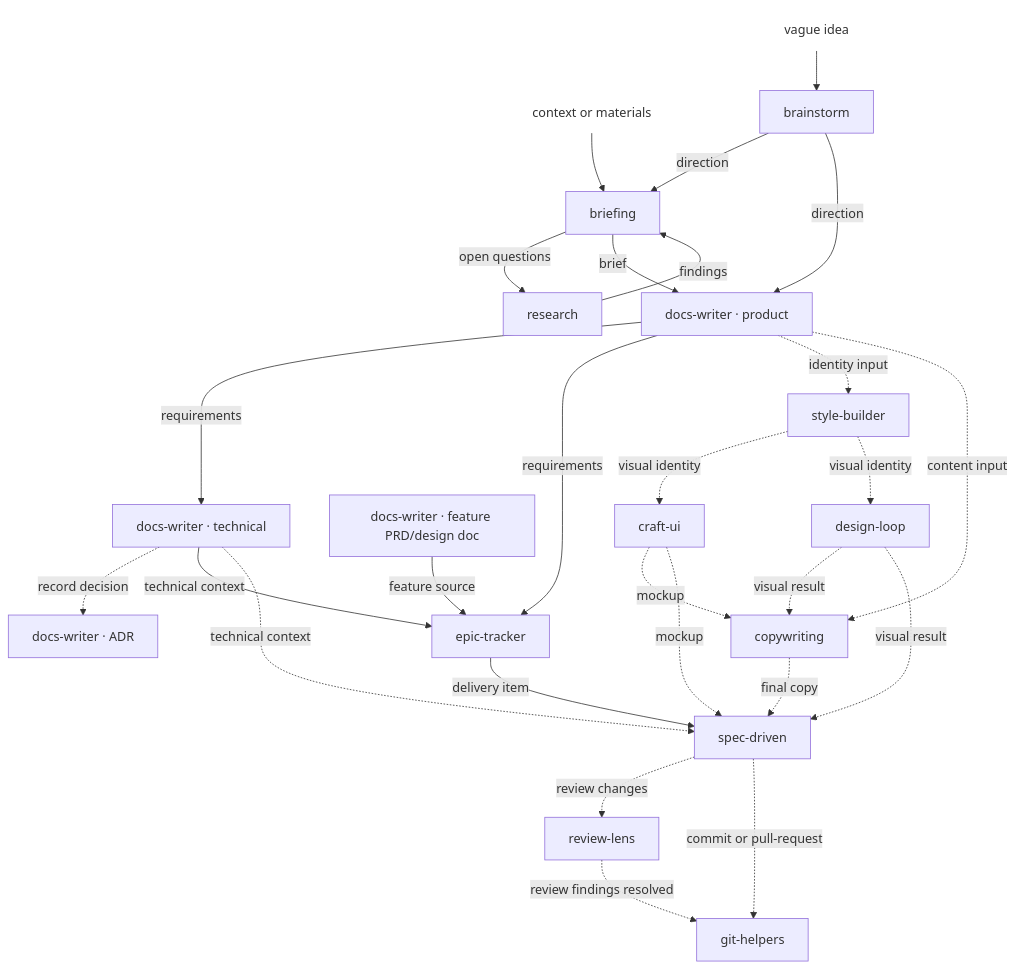
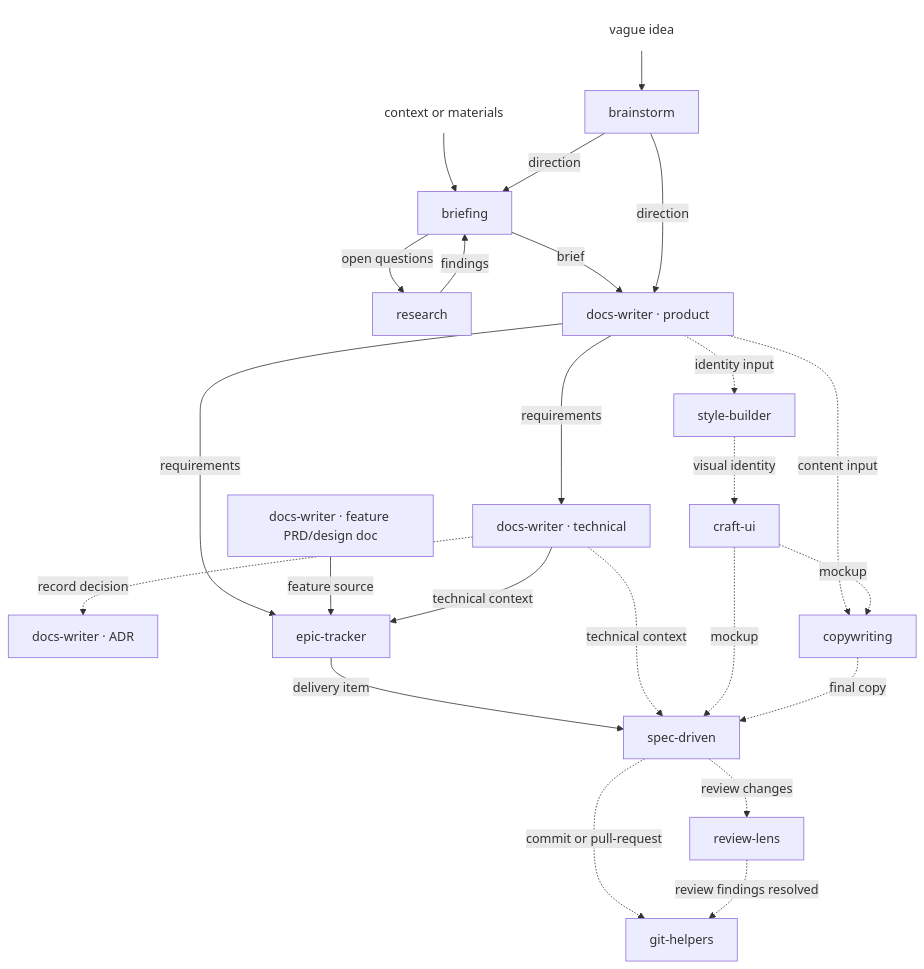
The diagram in README.md (adeonir/agent-skills), drawn with Mermaid before and after one commit. The commit also changed other lines of this file and 6 other files, not shown here.

````diff
--- a/README.md
+++ b/README.md
@@ -67,33 +66,30 @@
 ```mermaid
 flowchart TD
     CTX["context or materials"]:::plain --> BF[briefing]
     IDEA["vague idea"]:::plain --> BR[brainstorm]
     BR -->|direction| BF
     BF -->|open questions| RS[research]
     RS -->|findings| BF
     BF -->|brief| DW_P[docs-writer · product]
     BR -->|direction| DW_P
     DW_P -->|requirements| DW_T[docs-writer · technical]
     DW_T -.->|record decision| DW_A[docs-writer · ADR]
     DW_P -->|requirements| ET[epic-tracker]
     DW_F[docs-writer · feature PRD/design doc] -->|feature source| ET
     DW_T -->|technical context| ET
 
     DW_P -.->|identity input| SB[style-builder]
     SB -.->|visual identity| CU[craft-ui]
-    SB -.->|visual identity| DL[design-loop]
     DW_P -.->|content input| CW[copywriting]
     CU -.->|mockup| CW
-    DL -.->|visual result| CW
 
     ET -->|delivery item| SD[spec-driven]
     DW_T -.->|technical context| SD
     CU -.->|mockup| SD
-    DL -.->|visual result| SD
     CW -.->|final copy| SD
 
     SD -.->|review changes| RL[review-lens]
     SD -.->|commit or pull-request| GH[git-helpers]
     RL -.->|review findings resolved| GH
     classDef plain fill:transparent,stroke:transparent
 ```
````
